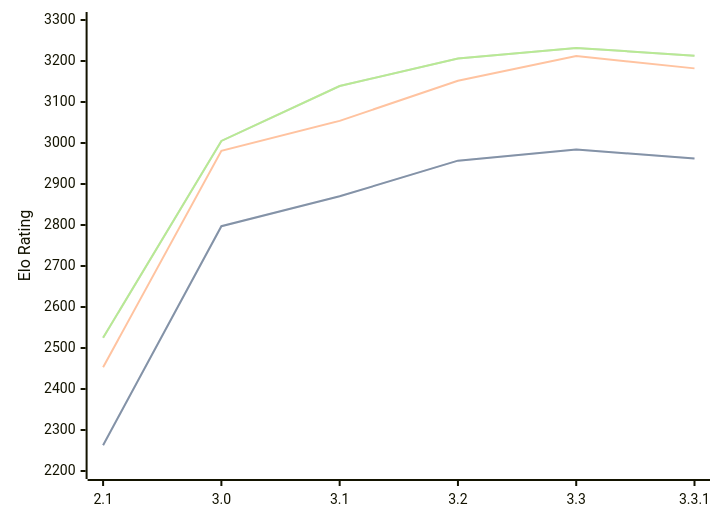
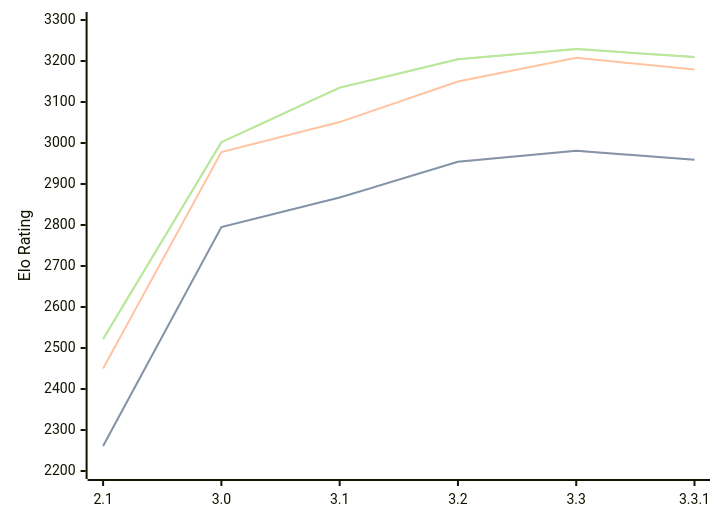
One commit to computer-chess-index/cci changed the diagram in engines/Petrel.md. Above: the diagram before and after it, drawn with Mermaid. The commit also changed other lines of this file, not shown here.

Commit message:
Update CCI Ratings (ELO VLTC) - 2026-04-23

````diff
--- a/engines/Petrel.md
+++ b/engines/Petrel.md
@@ -45,11 +45,11 @@
 ```mermaid
 %%{init: {"theme":"base","themeVariables":{"seriesColors:['#a3a3a3','#222221','#faa371']}}}%%
 xychart-beta
   x-axis ["2.1", "3.0", "3.1", "3.2", "3.3", "3.3.1"]
   y-axis "Elo Rating" 2200 --> 3300
-  line "STC (8.0+0.08s)" [2263, 2797, 2870, 2957, 2984, 2962]
-  line "STC (8.0+0.08s)" [2263, 2797, 2870, 2957, 2984, 2962]
-  line "LTC (60.0+0.60s)" [2453, 2981, 3054, 3152, 3212, 3182]
-  line "VLTC (2m24s+1.12s)" [2525, 3005, 3139, 3206, 3232, 3213]
-  line "VLTC (2m24s+1.12s)" [2525, 3005, 3139, 3206, 3232, 3213]
+  line "STC (8.0+0.08s)" [2261, 2795, 2867, 2954, 2981, 2959]
+  line "STC (8.0+0.08s)" [2261, 2795, 2867, 2954, 2981, 2959]
+  line "LTC (60.0+0.60s)" [2450, 2978, 3051, 3150, 3208, 3179]
+  line "VLTC (2m24s+1.12s)" [2522, 3002, 3135, 3204, 3229, 3210]
+  line "VLTC (2m24s+1.12s)" [2522, 3002, 3135, 3204, 3229, 3210]
 ```
````
